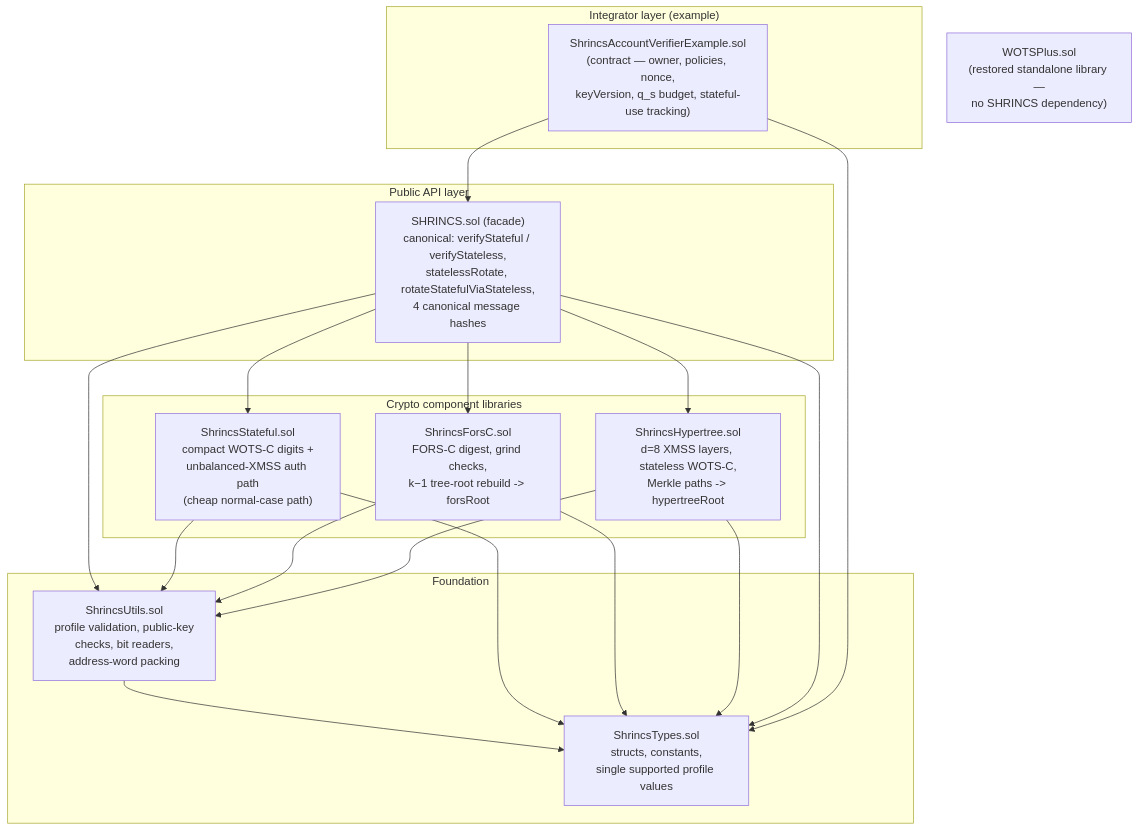
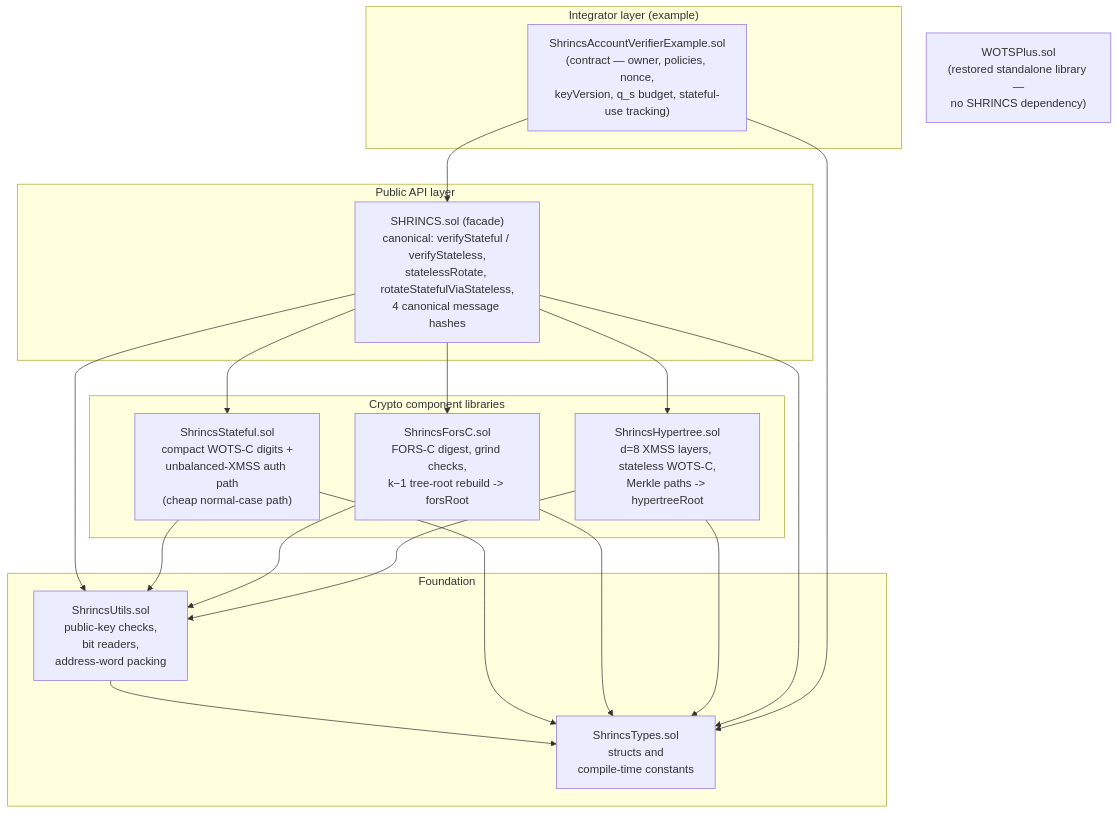
One commit to QuipNetwork/hashsigs-solidity changed the second of 2 diagrams in README.md. Above: the diagram before and after it, drawn with Mermaid. The commit also changed other lines of this file and 11 other files, not shown here.

````diff
--- a/README.md
+++ b/README.md
@@ -68,38 +68,38 @@
 ```mermaid
 graph TD
     subgraph "Integrator layer (example)"
         EX["ShrincsAccountVerifierExample.sol<br/>(contract — owner, policies, nonce,<br/>keyVersion, q_s budget, stateful-use tracking)"]
     end
 
     subgraph "Public API layer"
         FA["SHRINCS.sol (facade)<br/>canonical: verifyStateful / verifyStateless,<br/>statelessRotate, rotateStatefulViaStateless,<br/>4 canonical message hashes"]
     end
 
     subgraph "Crypto component libraries"
         ST["ShrincsStateful.sol<br/>compact WOTS-C digits +<br/>unbalanced-XMSS auth path<br/>(cheap normal-case path)"]
         FO["ShrincsForsC.sol<br/>FORS-C digest, grind checks,<br/>k−1 tree-root rebuild -> forsRoot"]
         HY["ShrincsHypertree.sol<br/>d=8 XMSS layers, stateless WOTS-C,<br/>Merkle paths -> hypertreeRoot"]
     end
 
     subgraph "Foundation"
-        UT["ShrincsUtils.sol<br/>profile validation, public-key<br/>checks, bit readers,<br/>address-word packing"]
-        TY["ShrincsTypes.sol<br/>structs, constants,<br/>single supported profile values"]
+        UT["ShrincsUtils.sol<br/>public-key checks,<br/>bit readers,<br/>address-word packing"]
+        TY["ShrincsTypes.sol<br/>structs and<br/>compile-time constants"]
     end
 
     WP["WOTSPlus.sol<br/>(restored standalone library —<br/>no SHRINCS dependency)"]
 
     EX --> FA
     FA --> ST
     FA --> FO
     FA --> HY
     FA --> UT
     ST --> UT
     FO --> UT
     HY --> UT
     UT --> TY
     ST --> TY
     FO --> TY
     HY --> TY
     FA --> TY
     EX --> TY
 ```
````
